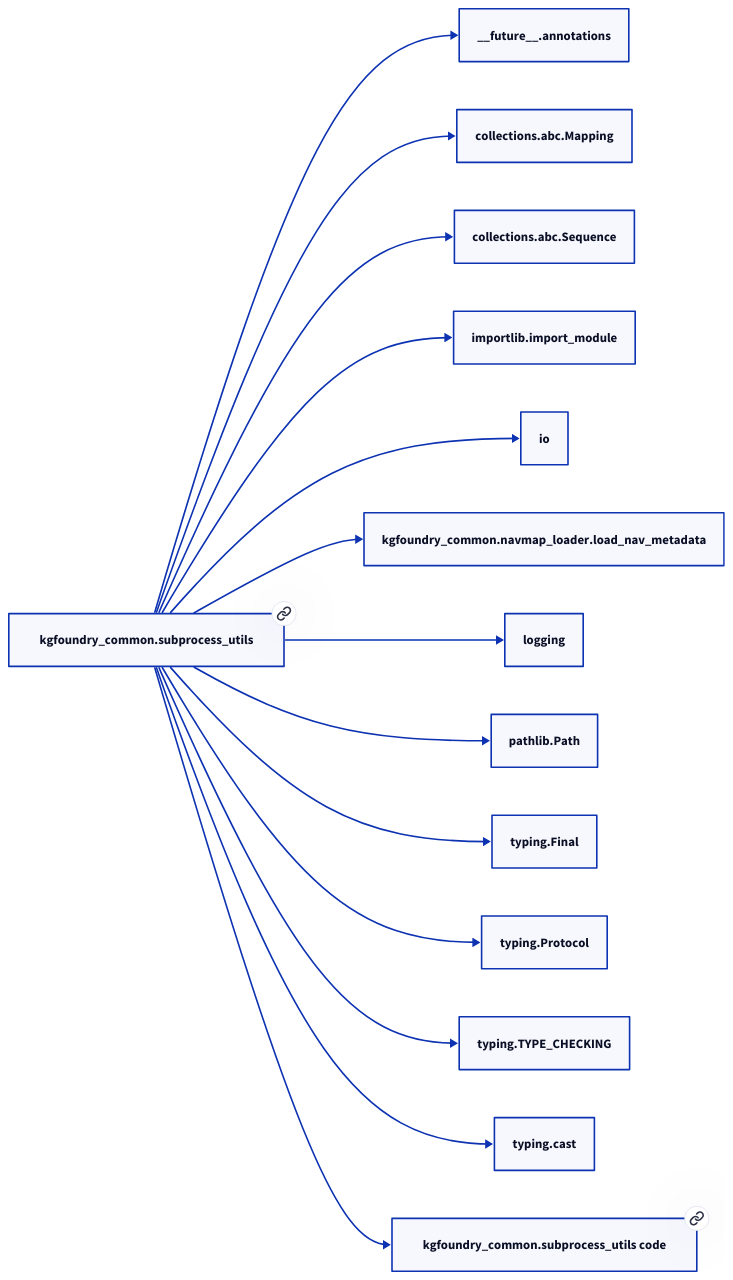
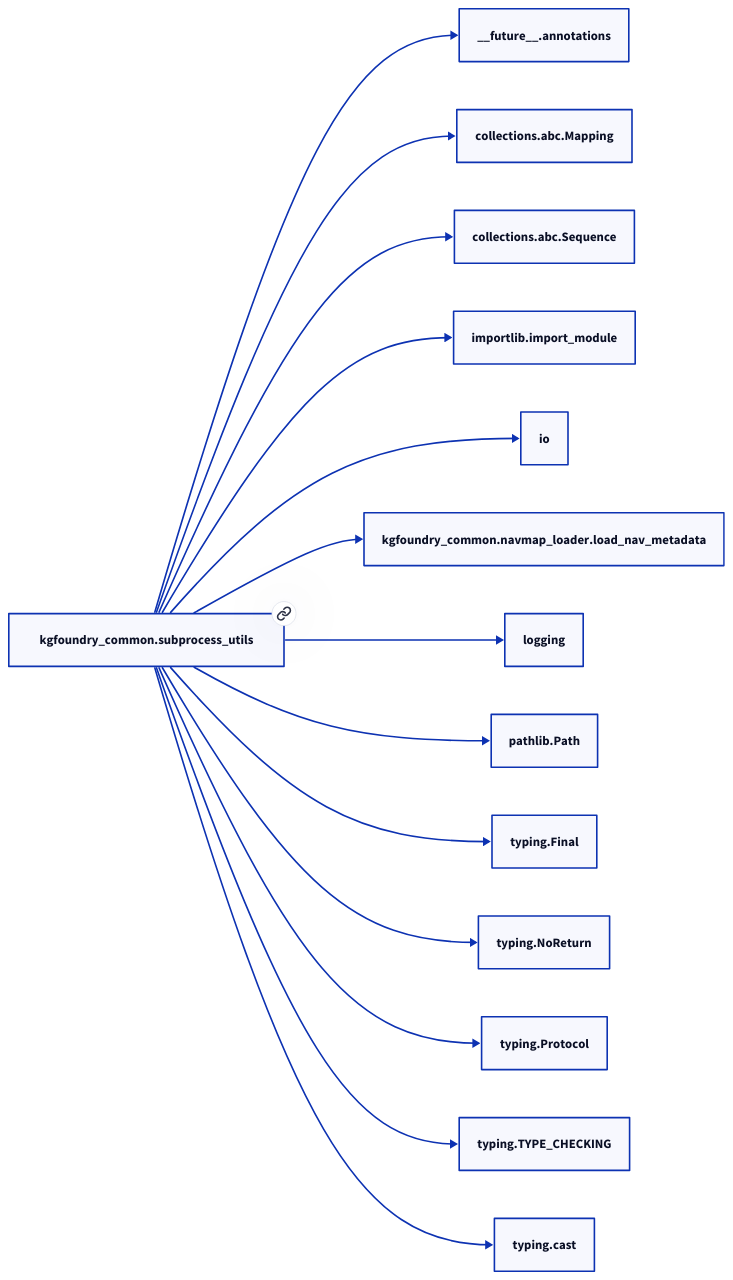
Before and after one commit to paul-heyse/kgforge: the second of 2 diagrams in docs/modules/kgfoundry_common/subprocess_utils.md, drawn with D2. The commit also changed other lines of this file and 118 other files, not shown here.

````diff
--- a/docs/modules/kgfoundry_common/subprocess_utils.md
+++ b/docs/modules/kgfoundry_common/subprocess_utils.md
@@ -157,30 +159,30 @@
 ```d2
 direction: right
-"kgfoundry_common.subprocess_utils": "kgfoundry_common.subprocess_utils" { link: "./kgfoundry_common/subprocess_utils.md" }
+"kgfoundry_common.subprocess_utils": "kgfoundry_common.subprocess_utils" { link: "subprocess_utils.md" }
 "__future__.annotations": "__future__.annotations"
 "kgfoundry_common.subprocess_utils" -> "__future__.annotations"
 "collections.abc.Mapping": "collections.abc.Mapping"
 "kgfoundry_common.subprocess_utils" -> "collections.abc.Mapping"
 "collections.abc.Sequence": "collections.abc.Sequence"
 "kgfoundry_common.subprocess_utils" -> "collections.abc.Sequence"
 "importlib.import_module": "importlib.import_module"
 "kgfoundry_common.subprocess_utils" -> "importlib.import_module"
 "io": "io"
 "kgfoundry_common.subprocess_utils" -> "io"
 "kgfoundry_common.navmap_loader.load_nav_metadata": "kgfoundry_common.navmap_loader.load_nav_metadata"
 "kgfoundry_common.subprocess_utils" -> "kgfoundry_common.navmap_loader.load_nav_metadata"
 "logging": "logging"
 "kgfoundry_common.subprocess_utils" -> "logging"
 "pathlib.Path": "pathlib.Path"
 "kgfoundry_common.subprocess_utils" -> "pathlib.Path"
 "typing.Final": "typing.Final"
 "kgfoundry_common.subprocess_utils" -> "typing.Final"
+"typing.NoReturn": "typing.NoReturn"
+"kgfoundry_common.subprocess_utils" -> "typing.NoReturn"
 "typing.Protocol": "typing.Protocol"
 "kgfoundry_common.subprocess_utils" -> "typing.Protocol"
 "typing.TYPE_CHECKING": "typing.TYPE_CHECKING"
 "kgfoundry_common.subprocess_utils" -> "typing.TYPE_CHECKING"
 "typing.cast": "typing.cast"
 "kgfoundry_common.subprocess_utils" -> "typing.cast"
-"kgfoundry_common.subprocess_utils_code": "kgfoundry_common.subprocess_utils code" { link: "https://github.com/kgfoundry/kgfoundry/blob/main/src/kgfoundry_common/subprocess_utils.py" }
-"kgfoundry_common.subprocess_utils" -> "kgfoundry_common.subprocess_utils_code" { style: dashed }
 ```
````
